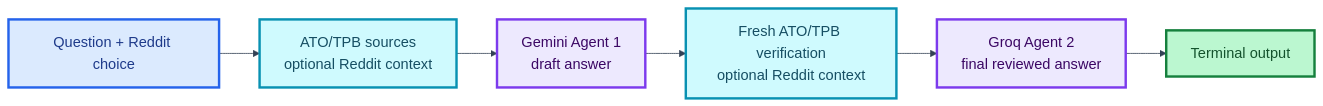
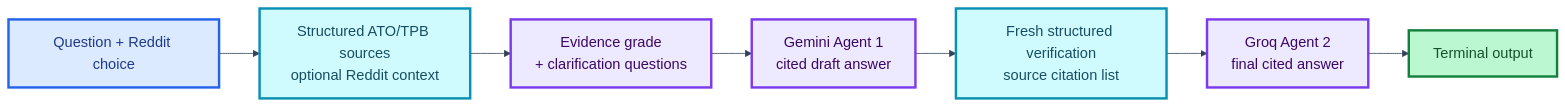
The sixth of 7 diagrams in ARCHITECTURE_DIAGRAMS.md (VishalgorakhnathShelke/Joga-Banito), drawn with Mermaid before and after one commit. The commit also changed other lines of this file and 5 other files, not shown here.

````diff
--- a/ARCHITECTURE_DIAGRAMS.md
+++ b/ARCHITECTURE_DIAGRAMS.md
@@ -252,22 +262,23 @@
 ```mermaid
 %%{init: {"theme": "base", "themeVariables": {"background": "#ffffff", "primaryTextColor": "#111827", "textColor": "#111827", "lineColor": "#334155", "edgeLabelBackground": "#ffffff", "fontFamily": "Arial", "fontSize": "18px"}}}%%
 flowchart LR
     input["Question + Reddit choice"]
-    sources1["ATO/TPB sources<br/>optional Reddit context"]
-    draft["Gemini Agent 1<br/>draft answer"]
-    sources2["Fresh ATO/TPB verification<br/>optional Reddit context"]
-    final["Groq Agent 2<br/>final reviewed answer"]
+    sources1["Structured ATO/TPB sources<br/>optional Reddit context"]
+    grade["Evidence grade<br/>+ clarification questions"]
+    draft["Gemini Agent 1<br/>cited draft answer"]
+    sources2["Fresh structured verification<br/>source citation list"]
+    final["Groq Agent 2<br/>final cited answer"]
     terminal["Terminal output"]
 
-    input --> sources1 --> draft --> sources2 --> final --> terminal
+    input --> sources1 --> grade --> draft --> sources2 --> final --> terminal
 
     classDef inputNode fill:#dbeafe,stroke:#2563eb,color:#1e3a8a,stroke-width:3px
     classDef sourceNode fill:#cffafe,stroke:#0891b2,color:#164e63,stroke-width:3px
     classDef agent fill:#ede9fe,stroke:#7c3aed,color:#3b0764,stroke-width:3px
     classDef output fill:#bbf7d0,stroke:#15803d,color:#14532d,stroke-width:3px
 
     class input inputNode
     class sources1,sources2 sourceNode
-    class draft,final agent
+    class grade,draft,final agent
     class terminal output
 ```
````
